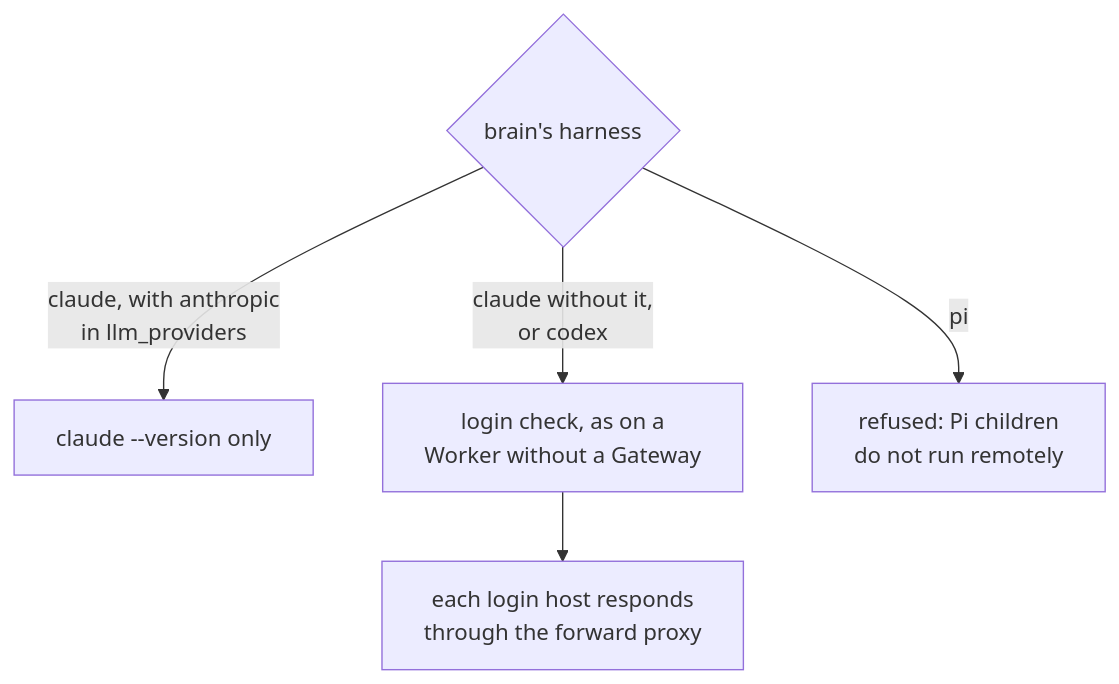
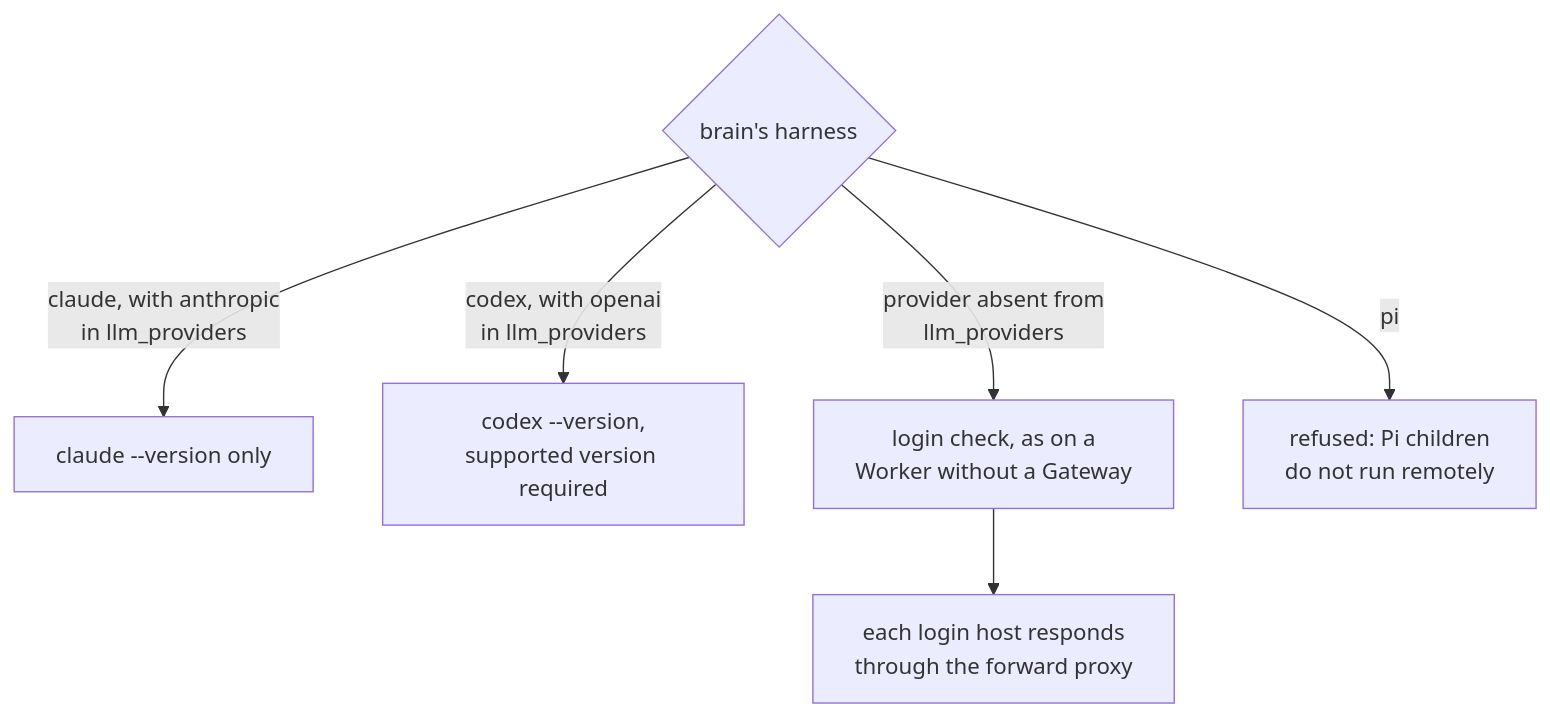
Before and after one commit to basaltbytes/usine: the third of 9 diagrams in apps/docs/src/content/docs/architecture/workers-and-gateway.mdx, drawn with Mermaid. The commit also changed other lines of this file and 7 other files, not shown here.

Commit message:
fix: hide Codex resume for gateway credentials

````diff
--- a/apps/docs/src/content/docs/architecture/workers-and-gateway.mdx
+++ b/apps/docs/src/content/docs/architecture/workers-and-gateway.mdx
@@ -305,7 +307,8 @@
 ```mermaid
 flowchart TD
   harness{"brain's harness"} -->|"claude, with anthropic<br/>in llm_providers"| binary["claude --version only"]
-  harness -->|"claude without it,<br/>or codex"| login["login check, as on a<br/>Worker without a Gateway"]
+  harness -->|"codex, with openai<br/>in llm_providers"| codex["codex --version,<br/>supported version required"]
+  harness -->|"provider absent from<br/>llm_providers"| login["login check, as on a<br/>Worker without a Gateway"]
   login --> hosts["each login host responds<br/>through the forward proxy"]
   harness -->|pi| refused["refused: Pi children<br/>do not run remotely"]
 ```
````
